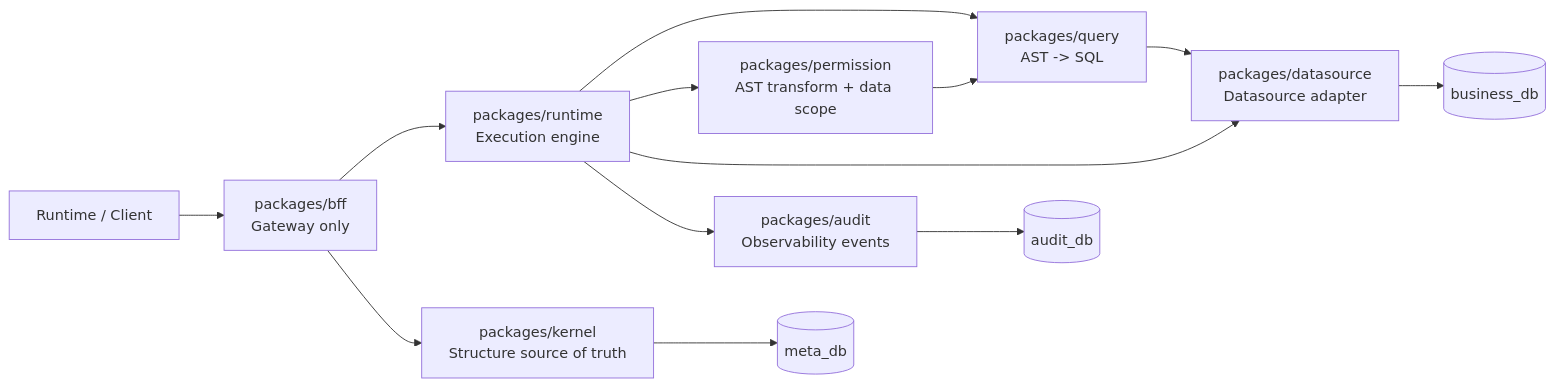
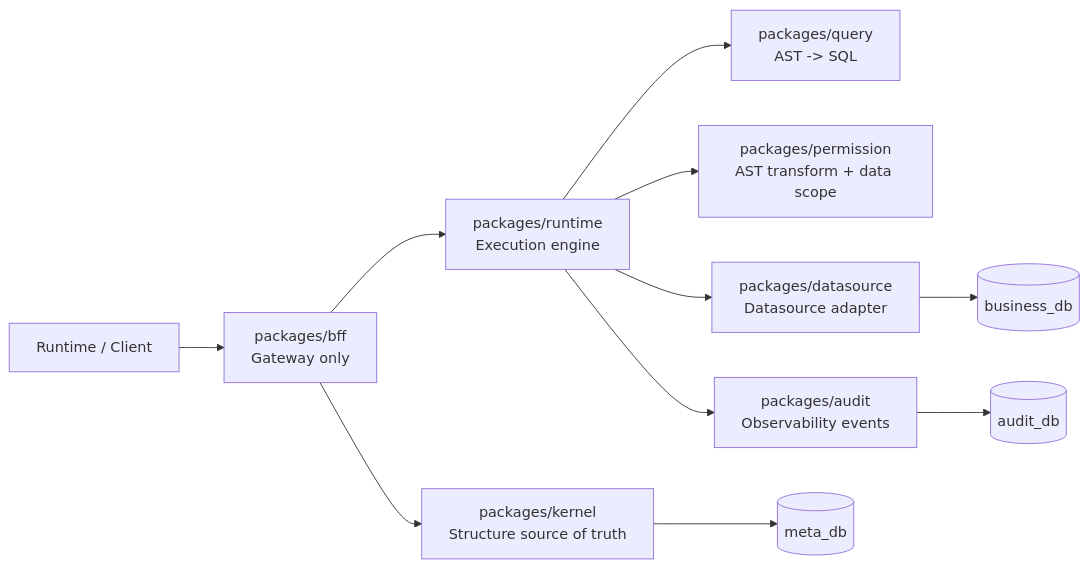
One commit to zhongmiao-org/meta-lc-platform changed the diagram in README.md. Above: the diagram before and after it, drawn with Mermaid. The commit also changed other lines of this file and 89 other files, not shown here.

````diff
--- a/README.md
+++ b/README.md
@@ -13,15 +13,13 @@
 ```mermaid
 flowchart LR
   Client["Runtime / Client"] --> BFF["packages/bff<br/>Gateway only"]
   BFF --> Runtime["packages/runtime<br/>Execution engine"]
   BFF --> Kernel["packages/kernel<br/>Structure source of truth"]
   Runtime --> Query["packages/query<br/>AST -> SQL"]
   Runtime --> Permission["packages/permission<br/>AST transform + data scope"]
   Runtime --> Datasource["packages/datasource<br/>Datasource adapter"]
   Runtime --> Audit["packages/audit<br/>Observability events"]
   Kernel --> MetaDb[("meta_db")]
-  Query --> Datasource
-  Permission --> Query
   Datasource --> BusinessDb[("business_db")]
   Audit --> AuditDb[("audit_db")]
 ```
````
